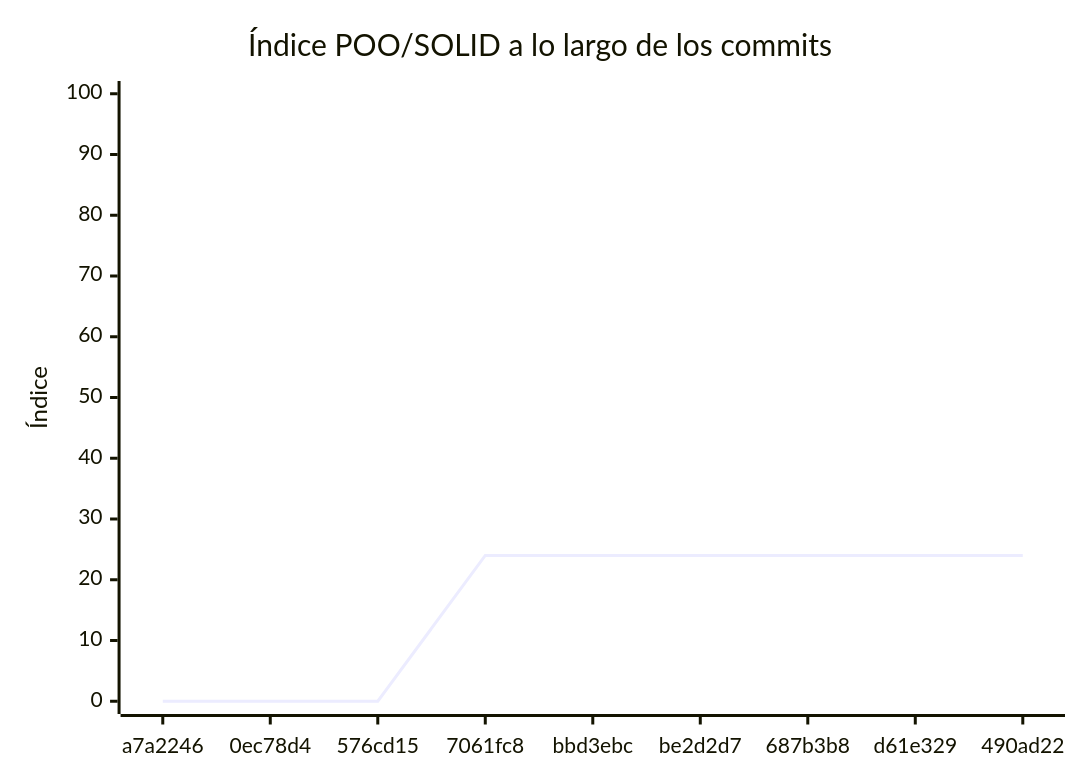
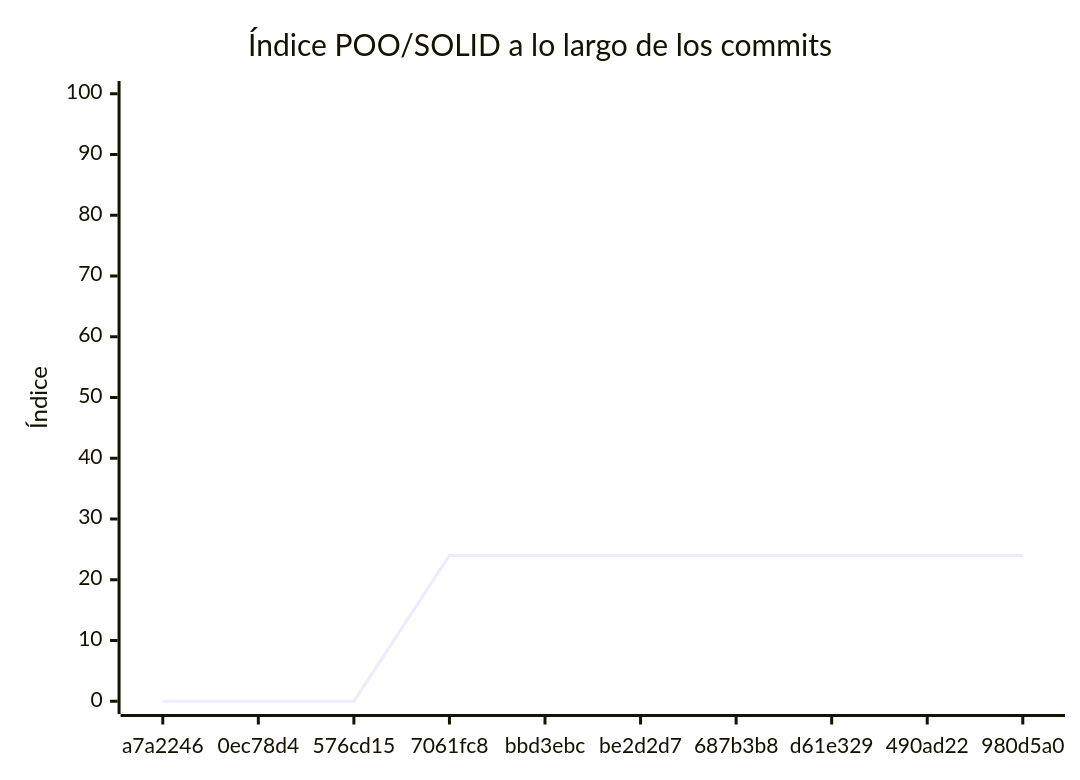
Before and after one commit to Chiqui-Nero-Corp/Prueba-N-3: the diagram in docs/EVALUACION.md, drawn with Mermaid. The commit also changed other lines of this file, not shown here.

````diff
--- a/docs/EVALUACION.md
+++ b/docs/EVALUACION.md
@@ -200,7 +200,7 @@
 ```mermaid
 xychart-beta
     title "Índice POO/SOLID a lo largo de los commits"
-    x-axis ["a7a2246", "0ec78d4", "576cd15", "7061fc8", "bbd3ebc", "be2d2d7", "687b3b8", "d61e329", "490ad22"]
+    x-axis ["a7a2246", "0ec78d4", "576cd15", "7061fc8", "bbd3ebc", "be2d2d7", "687b3b8", "d61e329", "490ad22", "980d5a0"]
     y-axis "Índice" 0 --> 100
-    line [0, 0, 0, 24, 24, 24, 24, 24, 24]
+    line [0, 0, 0, 24, 24, 24, 24, 24, 24, 24]
 ```
````
